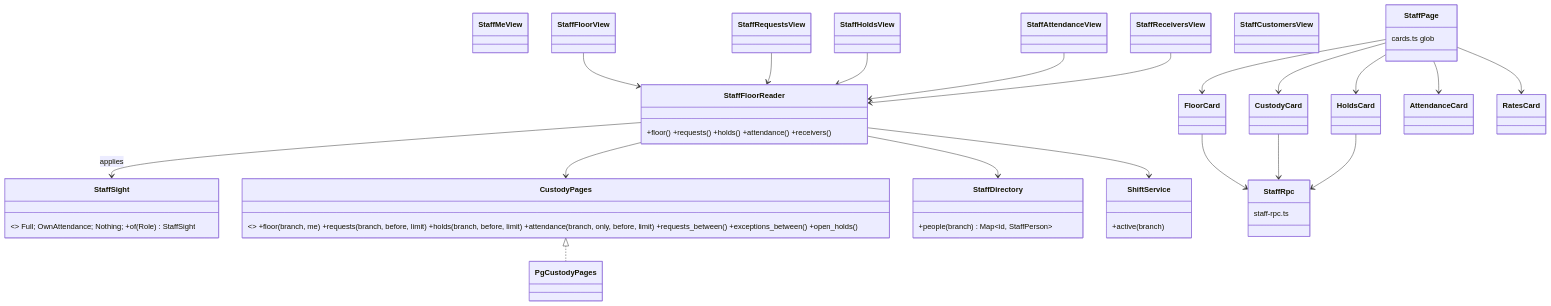
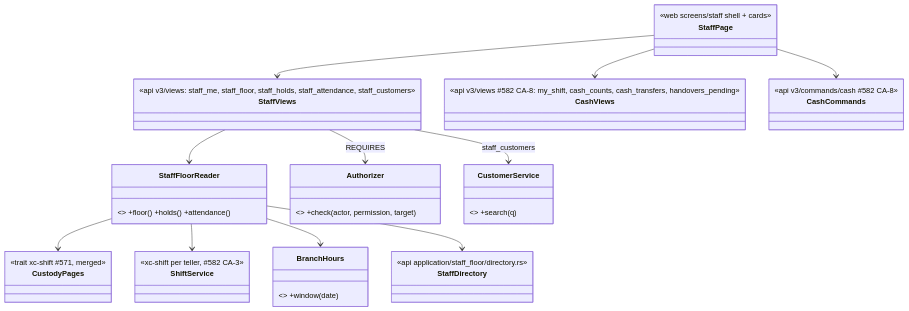
The diagram in docs/design/xchange-v3-wave3-staff.md (yuthstyle88/xchange-dev), drawn with Mermaid before and after one commit. The commit also changed other lines of this file, not shown here.

First line of the commit message:
docs(design): Wave 3 staff — re-cut against #582 cash, #550 roles/sign-in, #554 customers (#686)

````diff
--- a/docs/design/xchange-v3-wave3-staff.md
+++ b/docs/design/xchange-v3-wave3-staff.md
@@ -190,42 +122,25 @@
 ```mermaid
 classDiagram
-  class StaffSight { <<enum>> Full; OwnAttendance; Nothing; +of(Role) StaffSight }
-  class CustodyPages { <<trait>> +floor(branch, me) +requests(branch, before, limit) +holds(branch, before, limit) +attendance(branch, only, before, limit) +requests_between() +exceptions_between() +open_holds() }
-  class PgCustodyPages
-  class StaffDirectory { +people(branch) Map~id, StaffPerson~ }
-  class StaffFloorReader { +floor() +requests() +holds() +attendance() +receivers() }
-  class ShiftService { +active(branch) }
-  class StaffMeView
-  class StaffFloorView
-  class StaffRequestsView
-  class StaffHoldsView
-  class StaffAttendanceView
-  class StaffReceiversView
-  class StaffCustomersView
-  class StaffPage { cards.ts glob }
-  class FloorCard
-  class CustodyCard
-  class HoldsCard
-  class AttendanceCard
-  class RatesCard
-  class StaffRpc { staff-rpc.ts }
+  class StaffFloorReader { <<api application/staff_floor/reader.rs>> +floor() +holds() +attendance() }
+  class StaffDirectory { <<api application/staff_floor/directory.rs>> }
+  class CustodyPages { <<trait xc-shift  #571, merged>> }
+  class ShiftService { <<xc-shift  per teller, #582 CA-3>> }
+  class BranchHours { <<xc-rate  #550 OR-1>> +window(date) }
+  class Authorizer { <<xc-auth  #550 OR-2>> +check(actor, permission, target) }
+  class CustomerService { <<xc-customer  #554 CI-4/CI-5>> +search(q) }
+  class StaffViews { <<api v3/views: staff_me, staff_floor, staff_holds, staff_attendance, staff_customers>> }
+  class CashViews { <<api v3/views  #582 CA-8: my_shift, cash_counts, cash_transfers, handovers_pending>> }
+  class CashCommands { <<api v3/commands/cash  #582 CA-8>> }
+  class StaffPage { <<web screens/staff  shell + cards>> }
 
-  CustodyPages <|.. PgCustodyPages
-  StaffFloorReader --> StaffSight : applies
+  StaffViews --> StaffFloorReader
+  StaffViews --> Authorizer : REQUIRES
   StaffFloorReader --> CustodyPages
   StaffFloorReader --> ShiftService
+  StaffFloorReader --> BranchHours
   StaffFloorReader --> StaffDirectory
-  StaffFloorView --> StaffFloorReader
-  StaffRequestsView --> StaffFloorReader
-  StaffHoldsView --> StaffFloorReader
-  StaffAttendanceView --> StaffFloorReader
-  StaffReceiversView --> StaffFloorReader
-  StaffPage --> FloorCard
-  StaffPage --> CustodyCard
-  StaffPage --> HoldsCard
-  StaffPage --> AttendanceCard
-  StaffPage --> RatesCard
-  FloorCard --> StaffRpc
-  CustodyCard --> StaffRpc
-  HoldsCard --> StaffRpc
+  StaffViews --> CustomerService : staff_customers
+  StaffPage --> StaffViews
+  StaffPage --> CashViews
+  StaffPage --> CashCommands
 ```
````
